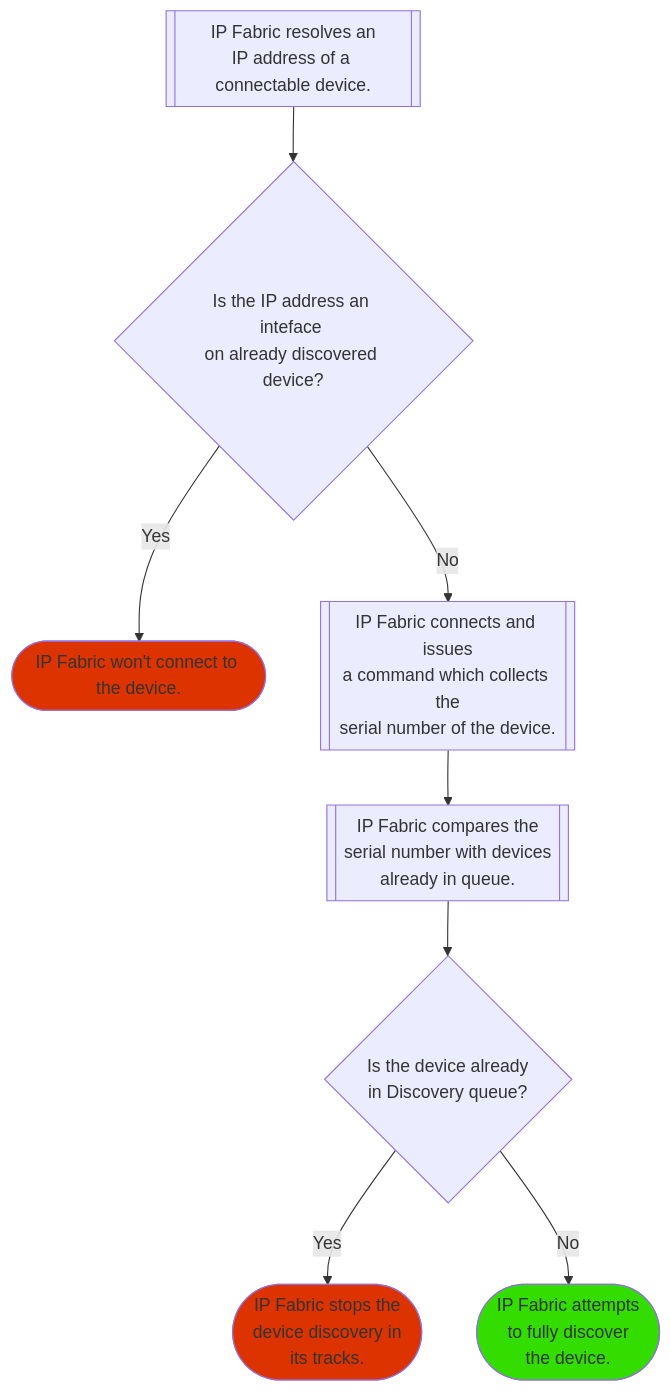
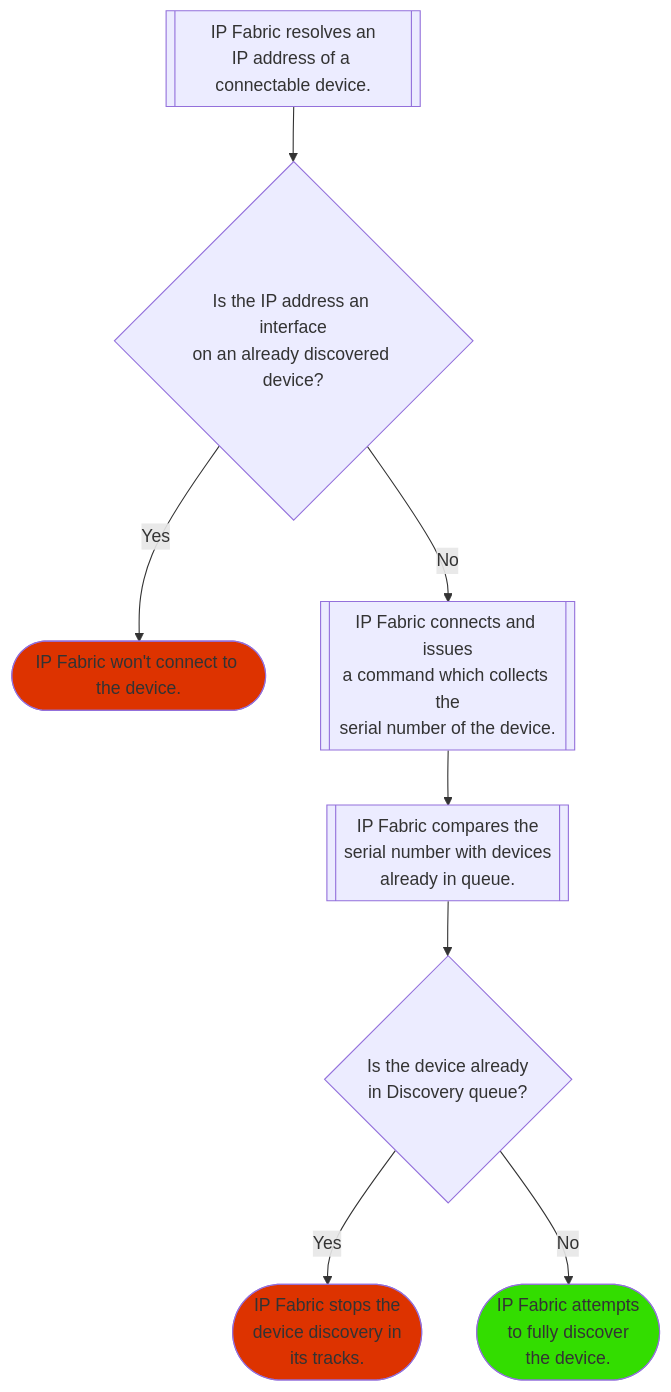
The diagram in docs/overview/How_Discovery_Works/CLI_discovery.md (ipfabric/docs), drawn with Mermaid before and after one commit. The commit also changed other lines of this file and 16 other files, not shown here.

````diff
--- a/docs/overview/How_Discovery_Works/CLI_discovery.md
+++ b/docs/overview/How_Discovery_Works/CLI_discovery.md
@@ -70,16 +69,16 @@
 ```mermaid
 flowchart TD
-    IPFResolves[[IP Fabric resolves an\nIP address of a connectable device.]] --> AlreadyDiscoveredDevice{Is the IP address an inteface \non already discovered device?}
+    IPFResolves[[IP Fabric resolves an\nIP address of a connectable device.]] --> AlreadyDiscoveredDevice{Is the IP address an interface\non an already discovered device?}
     
     AlreadyDiscoveredDevice -->|Yes| IPFWontConnect([IP Fabric won't connect to the device.])
     AlreadyDiscoveredDevice -->|No| CollectsSN[[IP Fabric connects and issues\na command which collects the\nserial number of the device.]]
-    CollectsSN --> ComparesSN[[IP Fabric compares the \nserial number with devices\nalready in queue.]]
+    CollectsSN --> ComparesSN[[IP Fabric compares the\nserial number with devices\nalready in queue.]]
 
     ComparesSN --> AlreadyInQueue{Is the device already\nin Discovery queue?}
     AlreadyInQueue -->|Yes| IPFStops([IP Fabric stops the\ndevice discovery in\nits tracks.])
     AlreadyInQueue -->|No| IPFDiscovers([IP Fabric attempts\nto fully discover\nthe device.])
     
     style IPFDiscovers fill:#33dd00
     style IPFStops fill:#dd3300
     style IPFWontConnect fill:#dd3300
 ```
````
